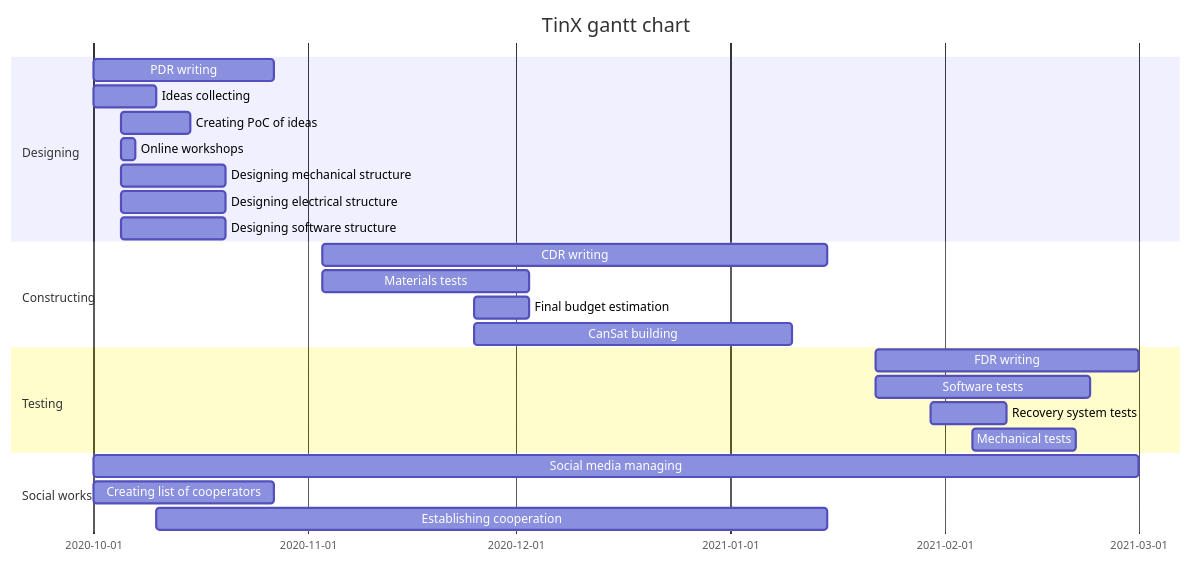
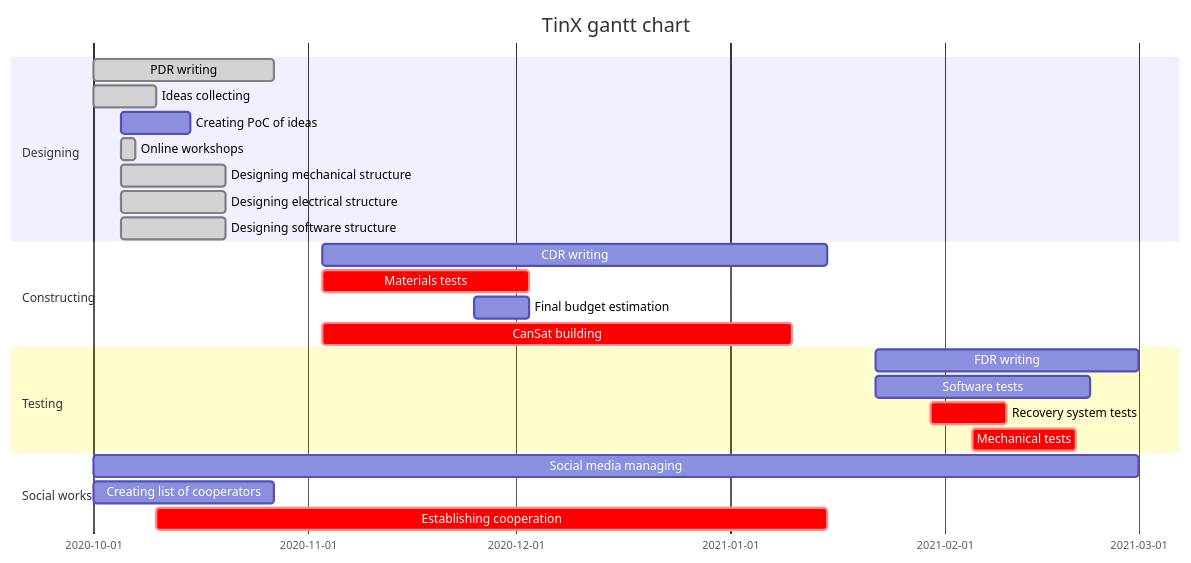
Before and after one commit to TinXsat/project-structure: the diagram in gantt-chart.md, drawn with Mermaid.

Commit message:
Update gantt-chart.md
Ready I think

````diff
--- a/gantt-chart.md
+++ b/gantt-chart.md
@@ -25,32 +25,32 @@
 ```mermaid
 gantt
     title TinX gantt chart
     dateFormat  YYYY-MM-DD
     
     section Designing
-    PDR writing : 2020-10-01, 2020-10-27
-    Ideas collecting : 2020-10-01, 2020-10-10
+    PDR writing :done, 2020-10-01, 2020-10-27
+    Ideas collecting :done, 2020-10-01, 2020-10-10
     Creating PoC of ideas : 2020-10-05, 2020-10-15
-    Online workshops : 2020-10-05, 2020-10-07
-    Designing mechanical structure : 2020-10-05, 2020-10-20
-    Designing electrical structure : 2020-10-05, 2020-10-20
-    Designing software structure : 2020-10-05, 2020-10-20
+    Online workshops :done, 2020-10-05, 2020-10-07
+    Designing mechanical structure :done, 2020-10-05, 2020-10-20
+    Designing electrical structure :done, 2020-10-05, 2020-10-20
+    Designing software structure :done, 2020-10-05, 2020-10-20
     
     section Constructing
     CDR writing : 2020-11-03, 2021-01-15
-    Materials tests : 2020-11-03, 2020-12-03
+    Materials tests :crit, 2020-11-03, 2020-12-03
     Final budget estimation : 2020-11-25, 2020-12-03
-    CanSat building : 2020-11-25, 2021-01-10
+    CanSat building :crit, 2020-11-03, 2021-01-10
     
     section Testing 
     FDR writing : 2021-01-22, 2021-03-01
-    Software tests : 2021-01-22, 2021-02-22
-    Recovery system tests : 2021-01-30, 2021-02-10
-    Mechanical tests : 2021-02-05, 2021-02-20
+    Software tests :crit 2021-01-22, 2021-02-22
+    Recovery system tests :crit, 2021-01-30, 2021-02-10
+    Mechanical tests :crit, 2021-02-05, 2021-02-20
     
     section Social works
     Social media managing : 2020-10-01, 2021-03-01
     Creating list of cooperators : 2020-10-01, 2020-10-27
-    Establishing cooperation : 2020-10-10, 2021-01-15
+    Establishing cooperation :crit, 2020-10-10, 2021-01-15
     
 ```
````
